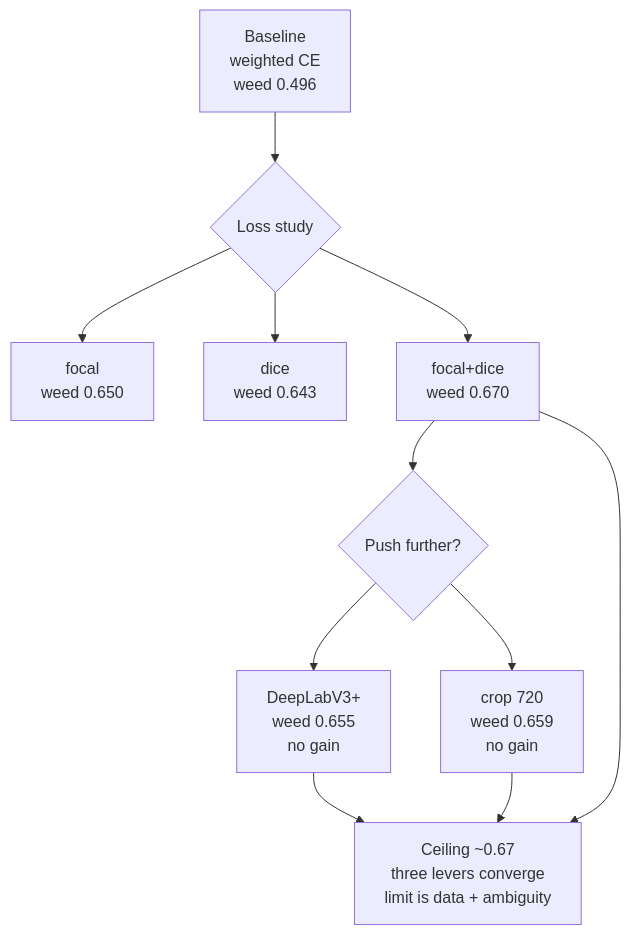
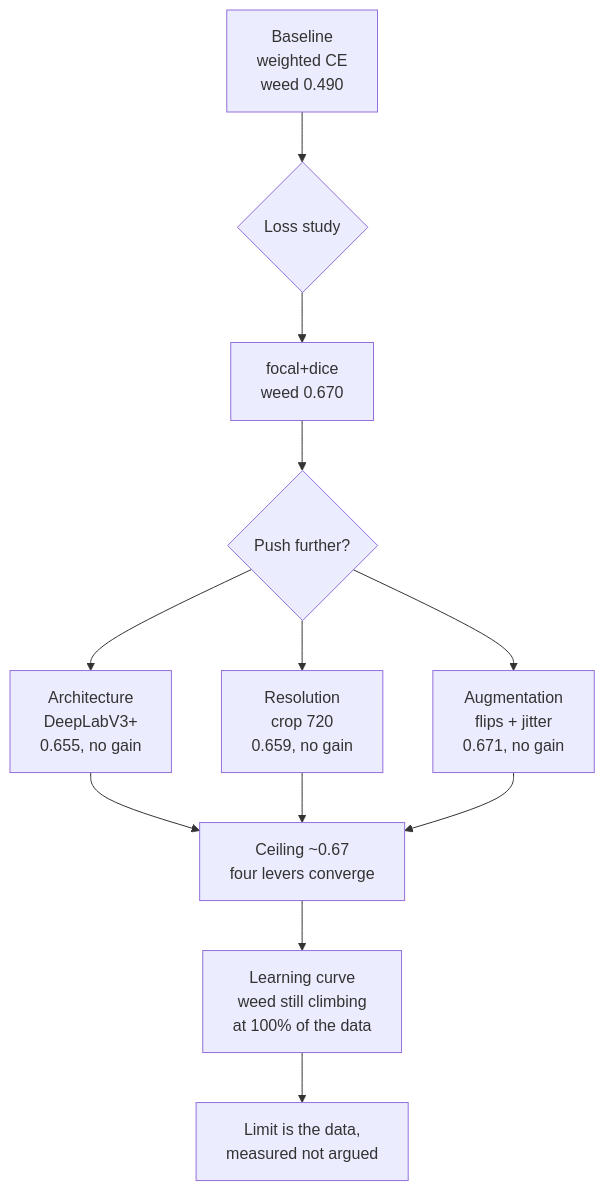
Before and after one commit to alexmnz29/cropweed-seg: the second of 2 diagrams in README.md, drawn with Mermaid. The commit also changed other lines of this file, not shown here.

Commit message:
Augmentation and learning-curve experiments: ceiling confirmed as data-bound

````diff
--- a/README.md
+++ b/README.md
@@ -104,13 +111,14 @@
 ```mermaid
 flowchart TD
-    A[Baseline<br>weighted CE<br>weed 0.496] --> B{Loss study}
-    B --> C[focal<br>weed 0.650]
-    B --> D[dice<br>weed 0.643]
+    A[Baseline<br>weighted CE<br>weed 0.490] --> B{Loss study}
     B --> E[focal+dice<br>weed 0.670]
     E --> F{Push further?}
-    F --> G[DeepLabV3+<br>weed 0.655<br>no gain]
-    F --> H[crop 720<br>weed 0.659<br>no gain]
-    G --> I[Ceiling ~0.67<br>three levers converge<br>limit is data + ambiguity]
+    F --> G[Architecture<br>DeepLabV3+<br>0.655, no gain]
+    F --> H[Resolution<br>crop 720<br>0.659, no gain]
+    F --> J[Augmentation<br>flips + jitter<br>0.671, no gain]
+    G --> I[Ceiling ~0.67<br>four levers converge]
     H --> I
-    E --> I
+    J --> I
+    I --> K[Learning curve<br>weed still climbing<br>at 100% of the data]
+    K --> L[Limit is the data,<br>measured not argued]
 ```
````
